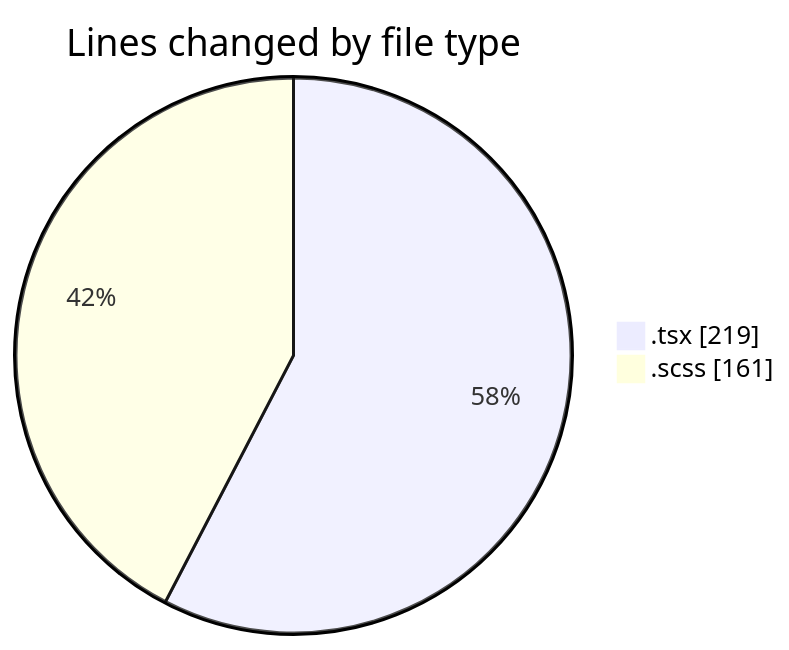
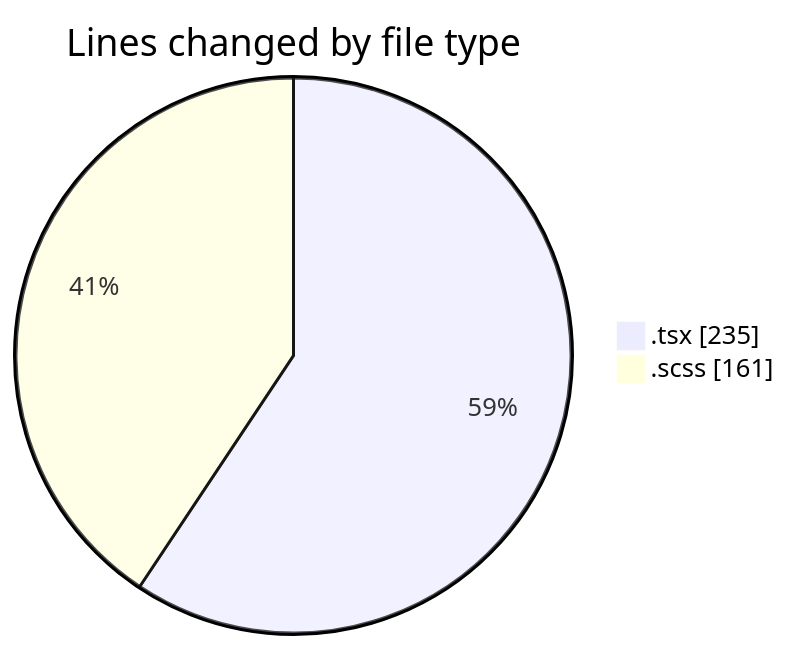
Before and after one commit to momahboobian/code-tracking: the first of 2 diagrams in 2025-09-16/cda/README.md, drawn with Mermaid. The commit also changed other lines of this file and 1 other file, not shown here.

````diff
--- a/2025-09-16/cda/README.md
+++ b/2025-09-16/cda/README.md
@@ -22,6 +22,6 @@
 ```mermaid
 pie showData
 title Lines changed by file type
-".tsx" : 219
+".tsx" : 235
 ".scss" : 161
 ```
````
